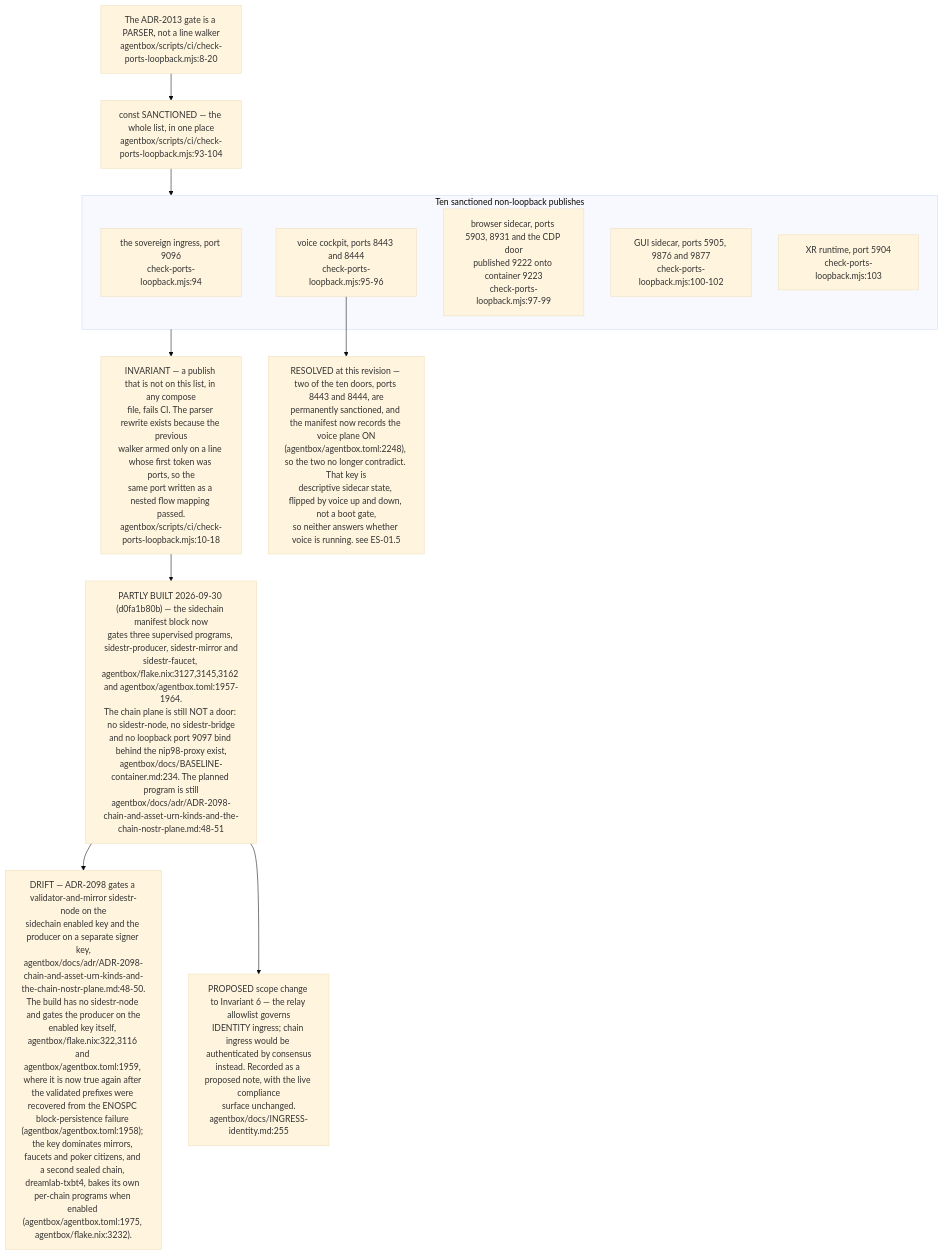
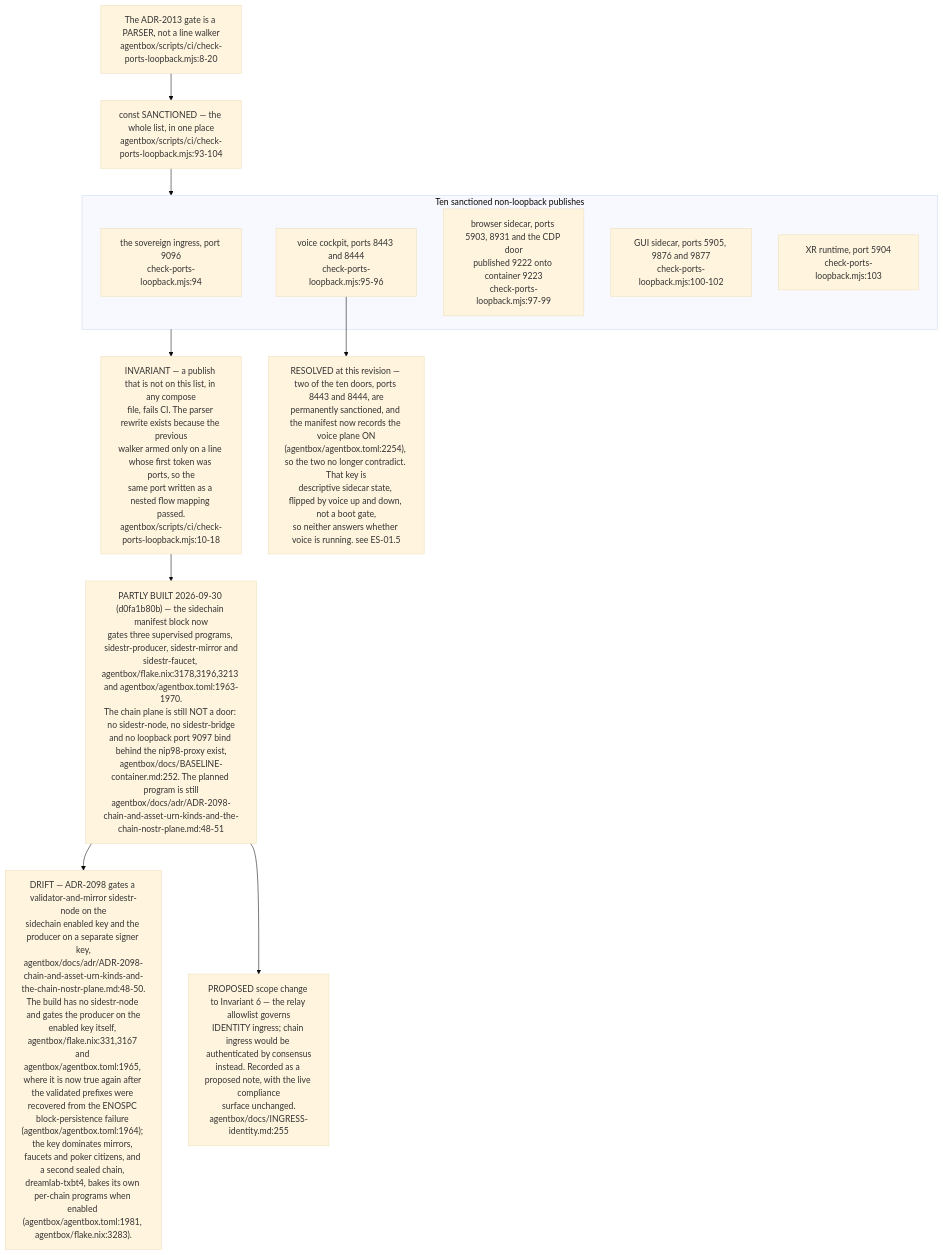
Diagram 11 of 11 in docs/diagrams/estate/10-deployment-and-security-profiles.md (DreamLab-AI/VisionFlow), drawn with Mermaid (base theme) before and after one commit. The commit also changed other lines of this file and 49 other files, not shown here.

First line of the commit message:
docs(diagrams): re-derive and re-stamp VisionClaw, estate, knowledge-graph, visionGraph, VisionFlow and sidestr topics

````diff
--- a/docs/diagrams/estate/10-deployment-and-security-profiles.md
+++ b/docs/diagrams/estate/10-deployment-and-security-profiles.md
@@ -452,29 +452,29 @@
 ```mermaid
 flowchart TB
     GATE["The ADR-2013 gate is a PARSER, not a line walker<br/>agentbox/scripts/ci/check-ports-loopback.mjs:8-20"]
     LIST["const SANCTIONED — the whole list, in one place<br/>agentbox/scripts/ci/check-ports-loopback.mjs:93-104"]
     GATE --> LIST
 
     subgraph DOORS["Ten sanctioned non-loopback publishes"]
         D0["the sovereign ingress, port 9096<br/>check-ports-loopback.mjs:94"]
         D1["voice cockpit, ports 8443 and 8444<br/>check-ports-loopback.mjs:95-96"]
         D2["browser sidecar, ports 5903, 8931 and the CDP door<br/>published 9222 onto container 9223<br/>check-ports-loopback.mjs:97-99"]
         D3["GUI sidecar, ports 5905, 9876 and 9877<br/>check-ports-loopback.mjs:100-102"]
         D4["XR runtime, port 5904<br/>check-ports-loopback.mjs:103"]
     end
     LIST --> DOORS
 
     INV["INVARIANT — a publish that is not on this list, in any compose<br/>file, fails CI. The parser rewrite exists because the previous<br/>walker armed only on a line whose first token was ports, so the<br/>same port written as a nested flow mapping passed.<br/>agentbox/scripts/ci/check-ports-loopback.mjs:10-18"]
     DOORS --> INV
 
-    PROP["PARTLY BUILT 2026-09-30 (d0fa1b80b) — the sidechain manifest block now<br/>gates three supervised programs, sidestr-producer, sidestr-mirror and<br/>sidestr-faucet, agentbox/flake.nix:3127,3145,3162 and agentbox/agentbox.toml:1957-1964.<br/>The chain plane is still NOT a door: no sidestr-node, no sidestr-bridge<br/>and no loopback port 9097 bind behind the nip98-proxy exist,<br/>agentbox/docs/BASELINE-container.md:234. The planned program is still<br/>agentbox/docs/adr/ADR-2098-chain-and-asset-urn-kinds-and-the-chain-nostr-plane.md:48-51"]
+    PROP["PARTLY BUILT 2026-09-30 (d0fa1b80b) — the sidechain manifest block now<br/>gates three supervised programs, sidestr-producer, sidestr-mirror and<br/>sidestr-faucet, agentbox/flake.nix:3178,3196,3213 and agentbox/agentbox.toml:1963-1970.<br/>The chain plane is still NOT a door: no sidestr-node, no sidestr-bridge<br/>and no loopback port 9097 bind behind the nip98-proxy exist,<br/>agentbox/docs/BASELINE-container.md:252. The planned program is still<br/>agentbox/docs/adr/ADR-2098-chain-and-asset-urn-kinds-and-the-chain-nostr-plane.md:48-51"]
     INV --> PROP
-    GATEDRIFT["DRIFT — ADR-2098 gates a validator-and-mirror sidestr-node on the<br/>sidechain enabled key and the producer on a separate signer key,<br/>agentbox/docs/adr/ADR-2098-chain-and-asset-urn-kinds-and-the-chain-nostr-plane.md:48-50.<br/>The build has no sidestr-node and gates the producer on the<br/>enabled key itself, agentbox/flake.nix:322,3116 and agentbox/agentbox.toml:1959, where it is now true again after the validated prefixes were recovered from the ENOSPC block-persistence failure (agentbox/agentbox.toml:1958); the key dominates mirrors, faucets and poker citizens, and a second sealed chain, dreamlab-txbt4, bakes its own per-chain programs when enabled (agentbox/agentbox.toml:1975, agentbox/flake.nix:3232)."]
+    GATEDRIFT["DRIFT — ADR-2098 gates a validator-and-mirror sidestr-node on the<br/>sidechain enabled key and the producer on a separate signer key,<br/>agentbox/docs/adr/ADR-2098-chain-and-asset-urn-kinds-and-the-chain-nostr-plane.md:48-50.<br/>The build has no sidestr-node and gates the producer on the<br/>enabled key itself, agentbox/flake.nix:331,3167 and agentbox/agentbox.toml:1965, where it is now true again after the validated prefixes were recovered from the ENOSPC block-persistence failure (agentbox/agentbox.toml:1964); the key dominates mirrors, faucets and poker citizens, and a second sealed chain, dreamlab-txbt4, bakes its own per-chain programs when enabled (agentbox/agentbox.toml:1981, agentbox/flake.nix:3283)."]
     PROP --> GATEDRIFT
 
     NARROW["PROPOSED scope change to Invariant 6 — the relay allowlist governs<br/>IDENTITY ingress; chain ingress would be authenticated by consensus<br/>instead. Recorded as a proposed note, with the live compliance<br/>surface unchanged.<br/>agentbox/docs/INGRESS-identity.md:255"]
     PROP --> NARROW
 
-    TENSION["RESOLVED at this revision — two of the ten doors, ports 8443 and 8444, are<br/>permanently sanctioned, and the manifest now records the voice plane ON<br/>(agentbox/agentbox.toml:2248), so the two no longer contradict. That key is<br/>descriptive sidecar state, flipped by voice up and down, not a boot gate,<br/>so neither answers whether voice is running. see ES-01.5"]
+    TENSION["RESOLVED at this revision — two of the ten doors, ports 8443 and 8444, are<br/>permanently sanctioned, and the manifest now records the voice plane ON<br/>(agentbox/agentbox.toml:2254), so the two no longer contradict. That key is<br/>descriptive sidecar state, flipped by voice up and down, not a boot gate,<br/>so neither answers whether voice is running. see ES-01.5"]
     D1 --> TENSION
 ```
````
